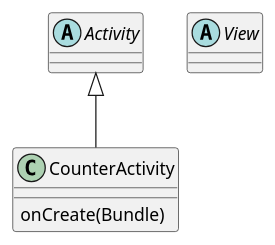
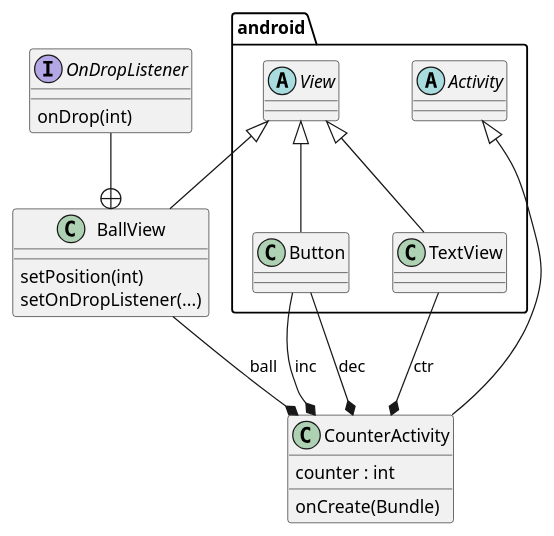
Before and after one commit to isel-leic-poo/14-15VerLI21D: the diagram in Counter/app/src/main/java/Counter.puml, drawn with PlantUML. The commit also changed 4 other files, not shown here.

Commit message:
Versão com BallView dinâmico (aula 22/4/2015) Com a interface BallView.OnDropListener para notificar alterações de posição da bola. Adicionado o diagrama de classes

```diff
--- a/Counter/app/src/main/java/Counter.puml
+++ b/Counter/app/src/main/java/Counter.puml
@@ -1,13 +1,38 @@
 @startuml
 
-abstract class Activity {
+package android{
+ abstract class Activity
+ abstract class View
+ class Button
+ class TextView
 }
-abstract class View
+
+View <|-- Button
+View <|-- TextView
 
 class CounterActivity {
+ counter : int
  onCreate(Bundle)
 }
 
-CounterActivity -up-|> Activity
+Activity <|-- CounterActivity
+
+class BallView {
+  setPosition(int)
+  setOnDropListener(...)
+}
+
+View <|-- BallView
+
+Button --* CounterActivity : inc
+Button --* CounterActivity : dec
+TextView --* CounterActivity : ctr
+BallView --* CounterActivity : ball
+
+interface OnDropListener {
+  onDrop(int)
+}
+OnDropListener --+ BallView
+
 
 @enduml
```
